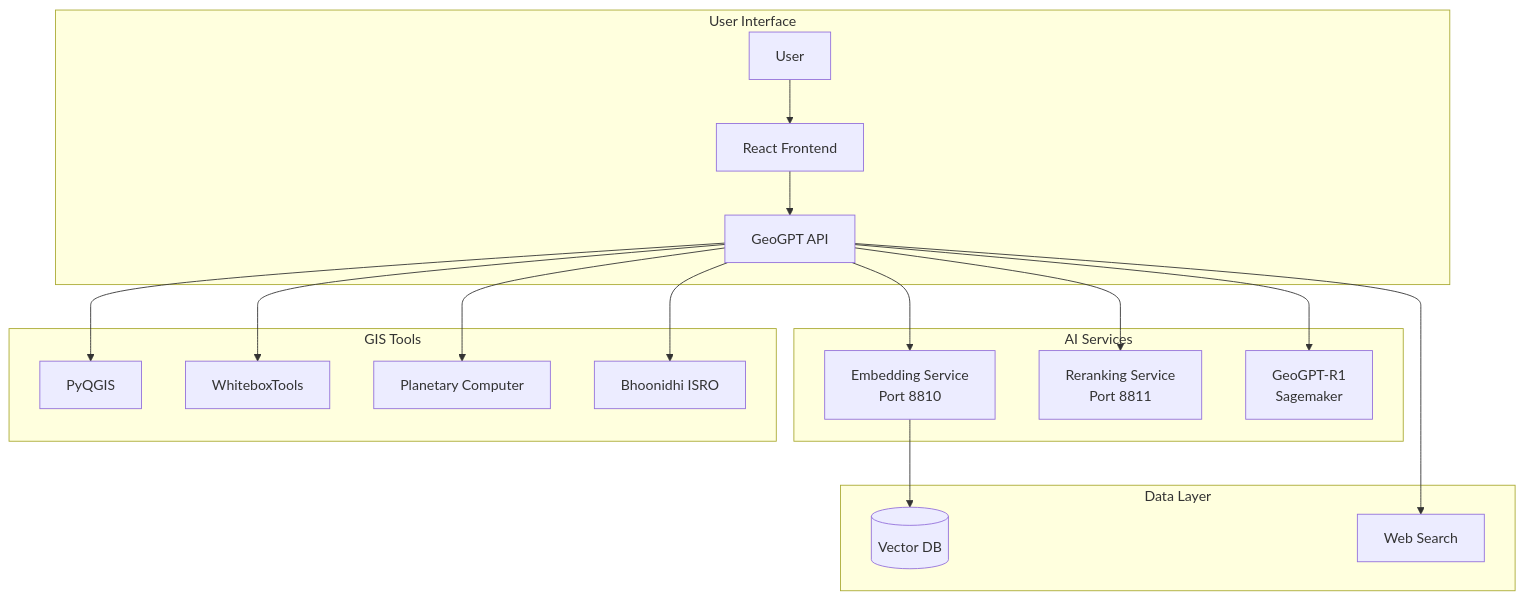
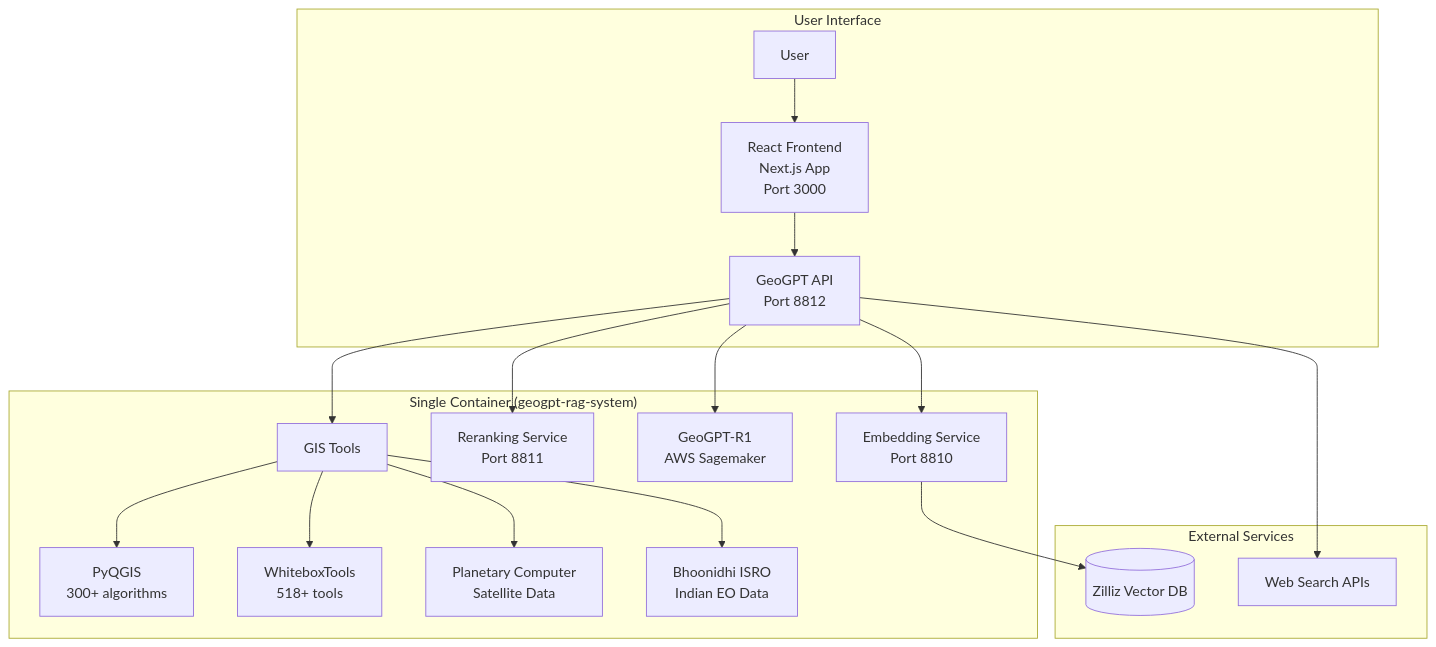
One commit to Rekklessss/geogpt-rag changed the diagram in README.md. Above: the diagram before and after it, drawn with Mermaid. The commit also changed other lines of this file and 16 other files, not shown here.

````diff
--- a/README.md
+++ b/README.md
@@ -45,25 +45,24 @@
 ```mermaid
 graph TB
     subgraph "User Interface"
-        U[User] --> UI[React Frontend]
-        UI --> API[GeoGPT API]
+        U[User] --> UI[React Frontend<br/>Next.js App<br/>Port 3000]
+        UI --> API[GeoGPT API<br/>Port 8812]
     end
     
-    subgraph "AI Services"
+    subgraph "Single Container (geogpt-rag-system)"
         API --> EMB[Embedding Service<br/>Port 8810]
         API --> RNK[Reranking Service<br/>Port 8811]
-        API --> LLM[GeoGPT-R1<br/>Sagemaker]
+        API --> LLM[GeoGPT-R1<br/>AWS Sagemaker]
+        
+        API --> TOOLS[GIS Tools]
+        TOOLS --> QGIS[PyQGIS<br/>300+ algorithms]
+        TOOLS --> WBT[WhiteboxTools<br/>518+ tools]
+        TOOLS --> PC[Planetary Computer<br/>Satellite Data]
+        TOOLS --> ISRO[Bhoonidhi ISRO<br/>Indian EO Data]
     end
     
-    subgraph "GIS Tools"
-        API --> QGIS[PyQGIS]
-        API --> WBT[WhiteboxTools]
-        API --> PC[Planetary Computer]
-        API --> ISRO[Bhoonidhi ISRO]
-    end
-    
-    subgraph "Data Layer"
-        EMB --> VDB[(Vector DB)]
-        API --> WEB[Web Search]
+    subgraph "External Services"
+        EMB --> VDB[(Zilliz Vector DB)]
+        API --> WEB[Web Search APIs]
     end
 ```
````
